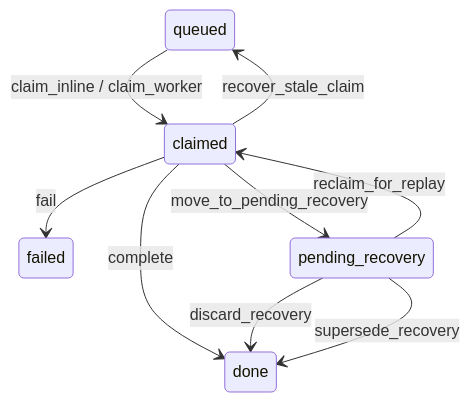
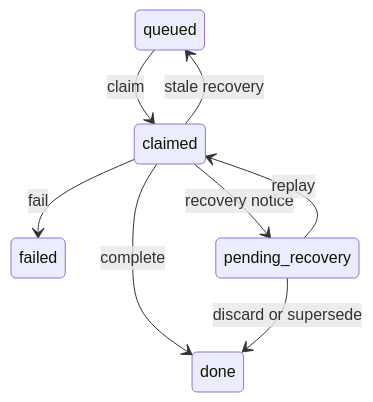
The third of 3 diagrams in docs/ARCHITECTURE.md (privacynow/octopus), drawn with Mermaid before and after one commit. The commit also changed other lines of this file and 36 other files, not shown here.

````diff
--- a/docs/ARCHITECTURE.md
+++ b/docs/ARCHITECTURE.md
@@ -938,11 +113,10 @@
 ```mermaid
 stateDiagram-v2
-    queued --> claimed: claim_inline / claim_worker
+    queued --> claimed: claim
     claimed --> done: complete
     claimed --> failed: fail
-    claimed --> pending_recovery: move_to_pending_recovery
-    claimed --> queued: recover_stale_claim
-    pending_recovery --> claimed: reclaim_for_replay
-    pending_recovery --> done: discard_recovery
-    pending_recovery --> done: supersede_recovery
+    claimed --> pending_recovery: recovery notice
+    claimed --> queued: stale recovery
+    pending_recovery --> claimed: replay
+    pending_recovery --> done: discard or supersede
 ```
````
